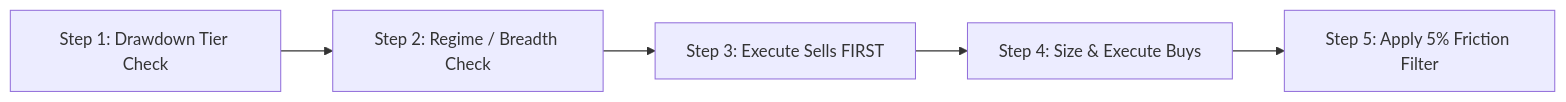
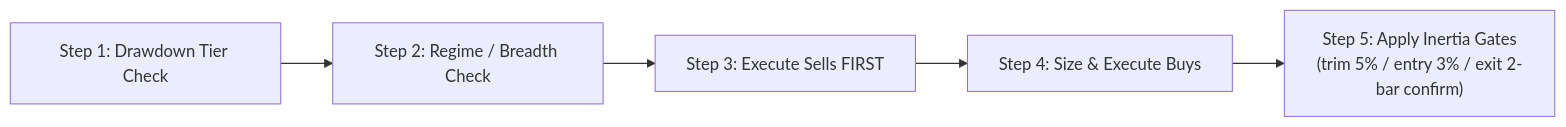
Before and after one commit to stonewell/quant_research: the second of 2 diagrams in docs/ruleset/chan_risk_managed_blend/rules.md, drawn with Mermaid. The commit also changed other lines of this file and 11 other files, not shown here.

Commit message:
separate live trade gates from backtest inertia in trading manuals

````diff
--- a/docs/ruleset/chan_risk_managed_blend/rules.md
+++ b/docs/ruleset/chan_risk_managed_blend/rules.md
@@ -33,7 +33,7 @@
 ```mermaid
 flowchart LR
     T1["Step 1: Drawdown Tier Check"] --> T2["Step 2: Regime / Breadth Check"]
     T2 --> T3["Step 3: Execute Sells FIRST"]
     T3 --> T4["Step 4: Size & Execute Buys"]
-    T4 --> T5["Step 5: Apply 5% Friction Filter"]
+    T4 --> T5["Step 5: Apply Inertia Gates\n(trim 5% / entry 3% / exit 2-bar confirm)"]
 ```
````
